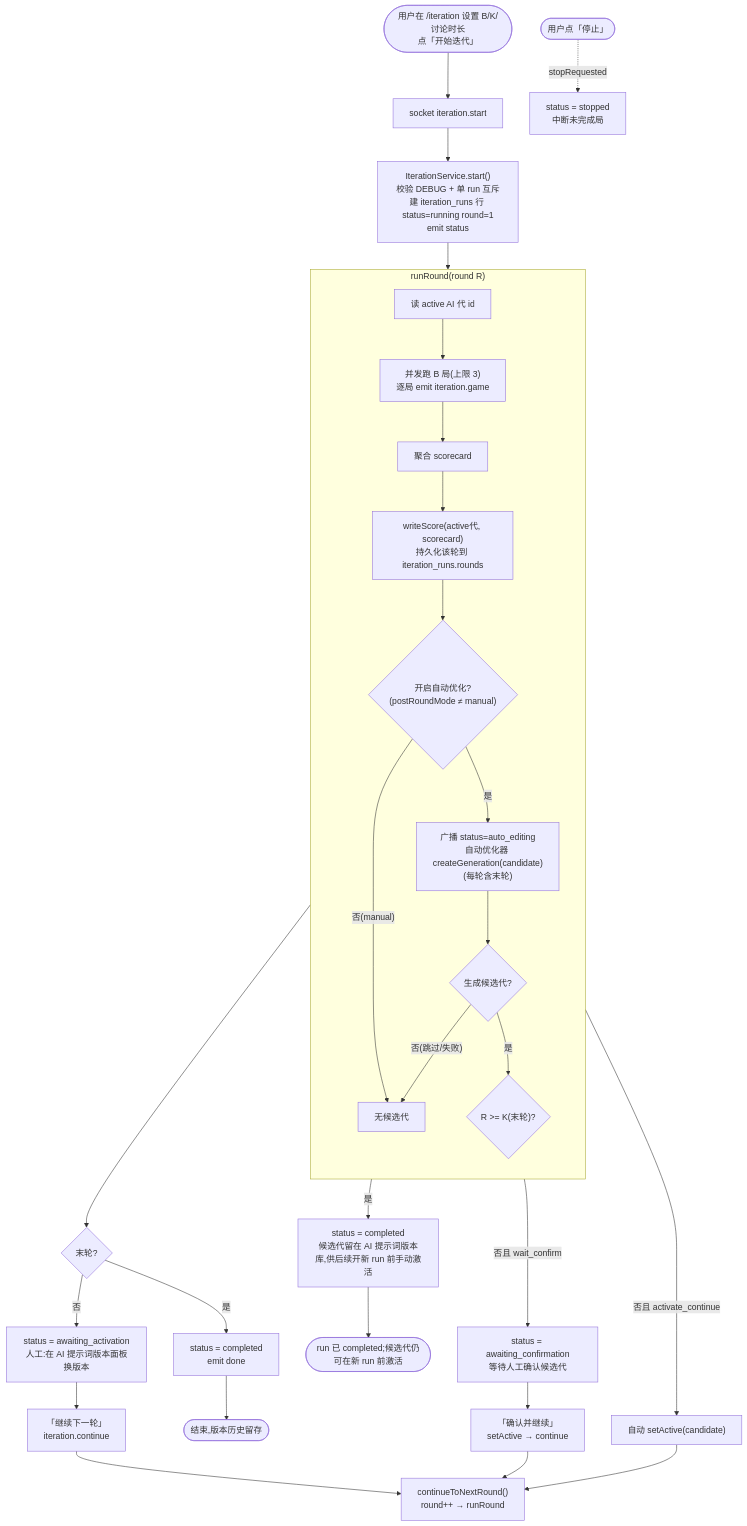
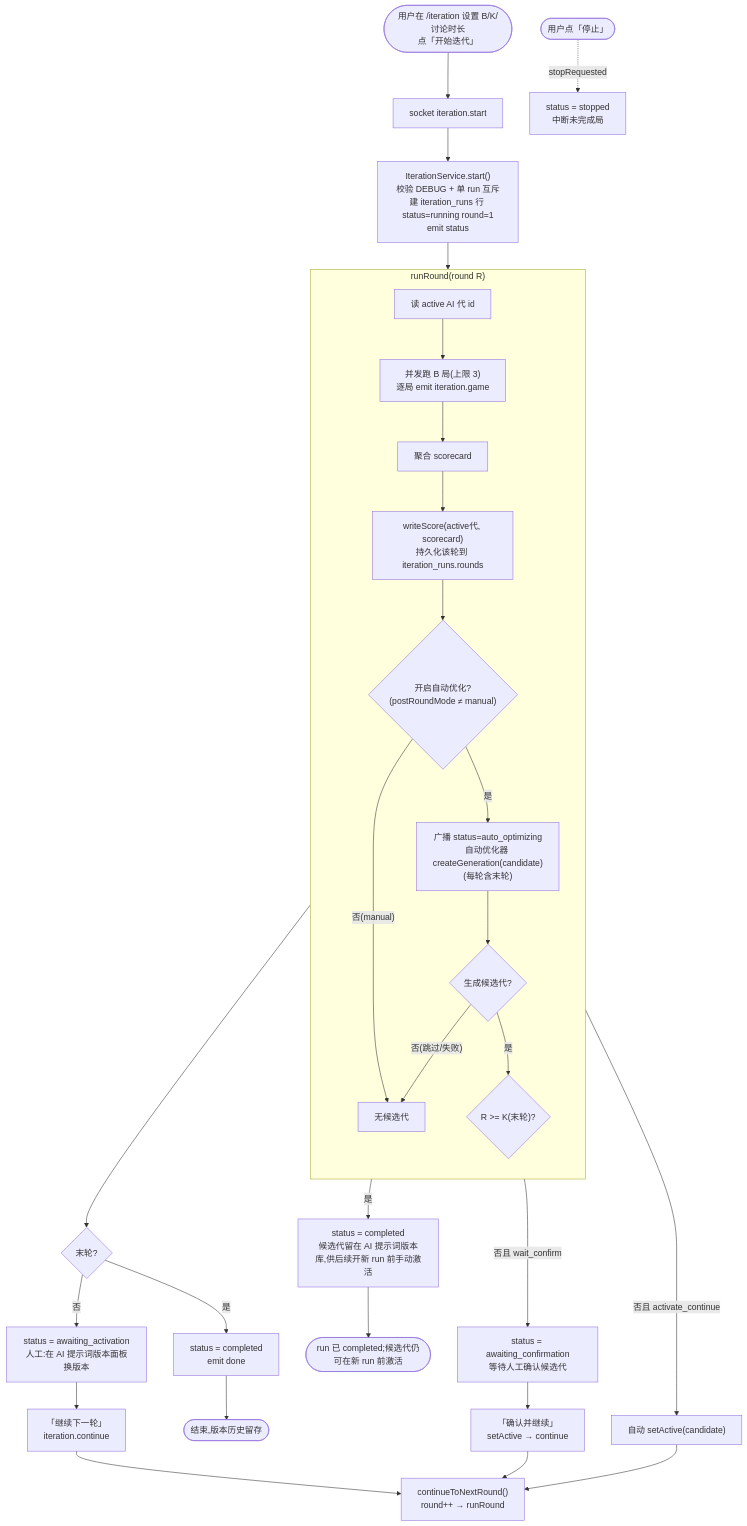
The second of 7 diagrams in docs/ai-iteration/AI-Prompt-Eval-Flow.md (zhoutaoz99/who-is-the-ai), drawn with Mermaid before and after one commit. The commit also changed other lines of this file and 13 other files, not shown here.

````diff
--- a/docs/ai-iteration/AI-Prompt-Eval-Flow.md
+++ b/docs/ai-iteration/AI-Prompt-Eval-Flow.md
@@ -96,36 +96,36 @@
 ```mermaid
 flowchart TD
   START([用户在 /iteration 设置 B/K/讨论时长<br/>点「开始迭代」]) --> ACK
   ACK["socket iteration.start"] --> INIT["IterationService.start()<br/>校验 DEBUG + 单 run 互斥<br/>建 iteration_runs 行 status=running round=1<br/>emit status"]
   INIT --> ROUND
 
   subgraph ROUND["runRound(round R)"]
     direction TB
     R1["读 active AI 代 id"] --> R2["并发跑 B 局(上限 3)<br/>逐局 emit iteration.game"]
     R2 --> R3["聚合 scorecard"]
     R3 --> R4["writeScore(active代, scorecard)<br/>持久化该轮到 iteration_runs.rounds"]
     R4 --> AE{"开启自动优化?<br/>(postRoundMode ≠ manual)"}
-    AE -- 是 --> EDIT["广播 status=auto_editing<br/>自动优化器 createGeneration(candidate)<br/>(每轮含末轮)"]
+    AE -- 是 --> EDIT["广播 status=auto_optimizing<br/>自动优化器 createGeneration(candidate)<br/>(每轮含末轮)"]
     EDIT --> CAND{"生成候选代?"}
     AE -- 否(manual) --> NOCAND["无候选代"]
     CAND -- 否(跳过/失败) --> NOCAND
     CAND -- 是 --> LAST{"R >= K(末轮)?"}
   end
 
   NOCAND --> NC{"末轮?"}
   NC -- 否 --> WAIT["status = awaiting_activation<br/>人工:在 AI 提示词版本面板换版本"]
   NC -- 是 --> DONE["status = completed<br/>emit done"]
   LAST -- 是 --> DONELAST["status = completed<br/>候选代留在 AI 提示词版本库,供后续开新 run 前手动激活"]
   LAST -- 否且 wait_confirm --> CONFIRM["status = awaiting_confirmation<br/>等待人工确认候选代"]
   LAST -- 否且 activate_continue --> AUTO["自动 setActive(candidate)"]
 
   WAIT --> CONTW["「继续下一轮」<br/>iteration.continue"]
   CONFIRM --> CONTC["「确认并继续」<br/>setActive → continue"]
   AUTO --> NEXT["continueToNextRound()<br/>round++ → runRound"]
   CONTW --> NEXT
   CONTC --> NEXT
   DONELAST --> ENDLAST([run 已 completed;候选代仍可在新 run 前激活])
   DONE --> END([结束,版本历史留存])
 
   STOP([用户点「停止」]) -.stopRequested.-> HALT["status = stopped<br/>中断未完成局"]
 ```
````
